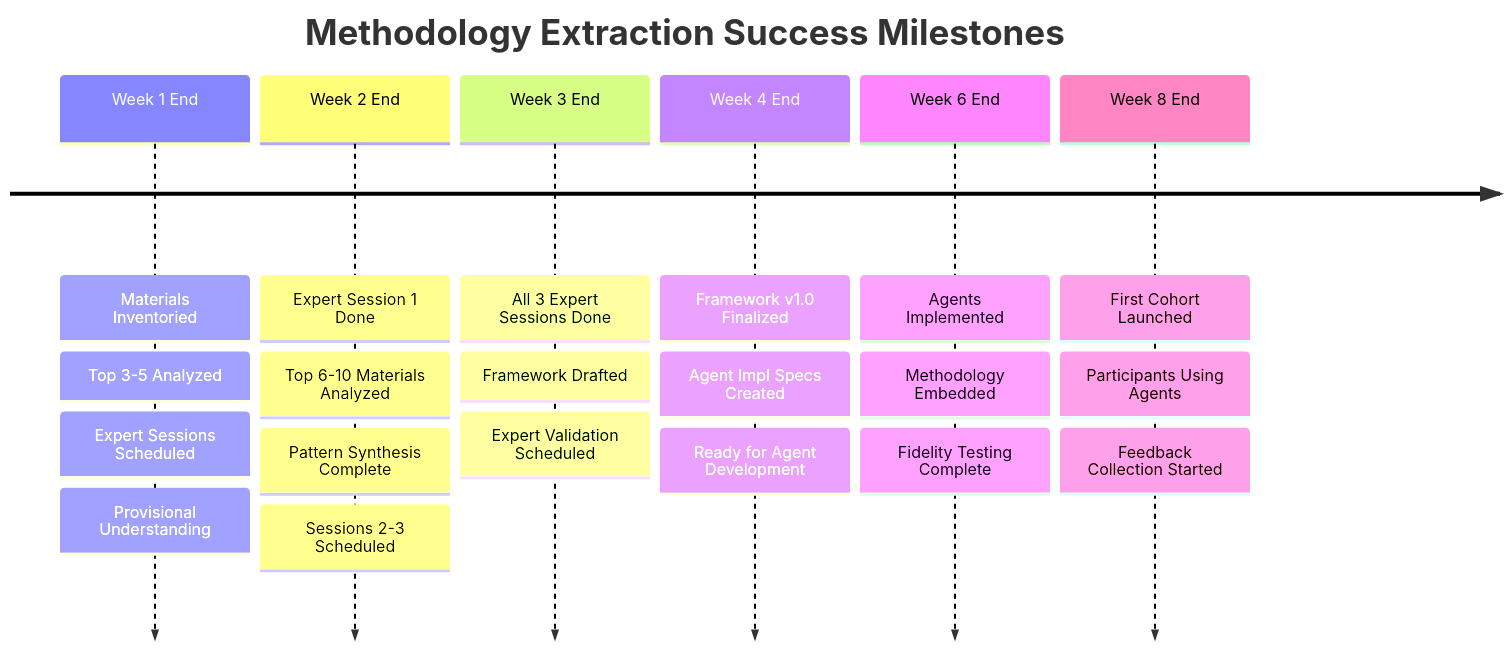
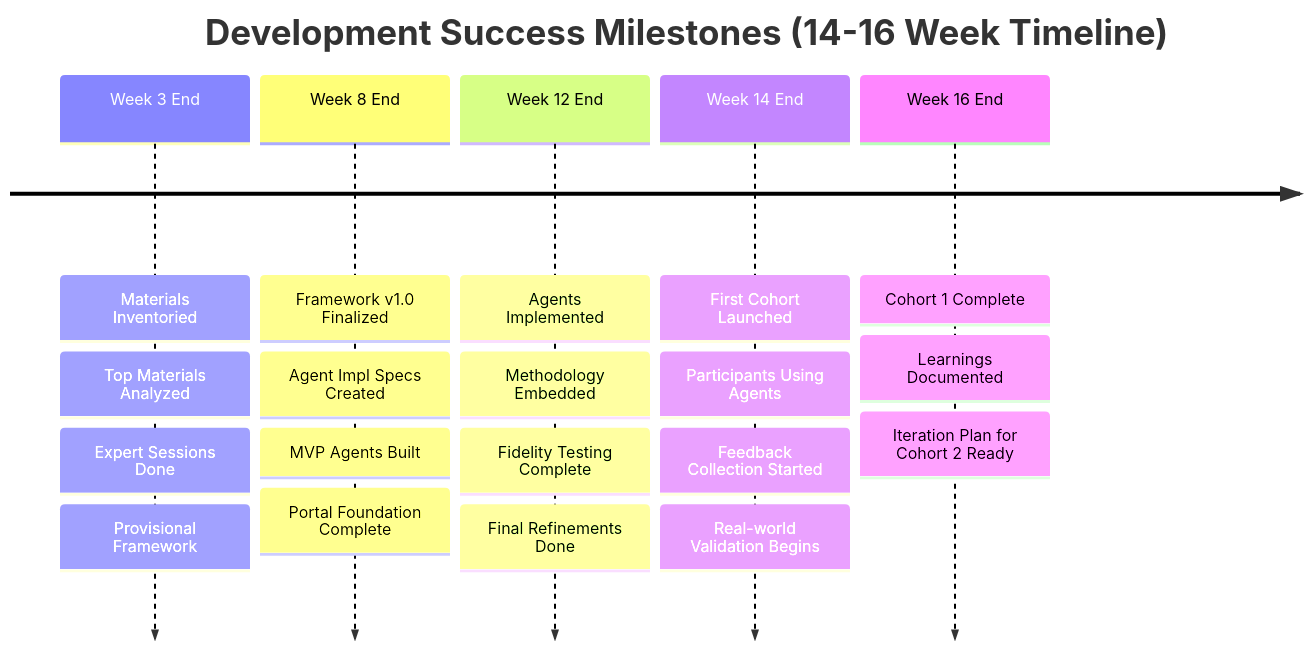
Before and after one commit to thedakr/ventre_prod_pi: the ninth of 10 diagrams in docs/VISUAL-ROADMAP.md, drawn with Mermaid. The commit also changed other lines of this file and 7 other files, not shown here.

First line of the commit message:
Update timeline from 12 weeks to 14-16 weeks for professionally-paced development

````diff
--- a/docs/VISUAL-ROADMAP.md
+++ b/docs/VISUAL-ROADMAP.md
@@ -487,16 +489,14 @@
 ```mermaid
 timeline
-    title Methodology Extraction Success Milestones
+    title Development Success Milestones (14-16 Week Timeline)
 
-    Week 1 End : Materials Inventoried : Top 3-5 Analyzed : Expert Sessions Scheduled : Provisional Understanding
+    Week 3 End : Materials Inventoried : Top Materials Analyzed : Expert Sessions Done : Provisional Framework
 
-    Week 2 End : Expert Session 1 Done : Top 6-10 Materials Analyzed : Pattern Synthesis Complete : Sessions 2-3 Scheduled
+    Week 8 End : Framework v1.0 Finalized : Agent Impl Specs Created : MVP Agents Built : Portal Foundation Complete
 
-    Week 3 End : All 3 Expert Sessions Done : Framework Drafted : Expert Validation Scheduled
+    Week 12 End : Agents Implemented : Methodology Embedded : Fidelity Testing Complete : Final Refinements Done
 
-    Week 4 End : Framework v1.0 Finalized : Agent Impl Specs Created : Ready for Agent Development
+    Week 14 End : First Cohort Launched : Participants Using Agents : Feedback Collection Started : Real-world Validation Begins
 
-    Week 6 End : Agents Implemented : Methodology Embedded : Fidelity Testing Complete
-
-    Week 8 End : First Cohort Launched : Participants Using Agents : Feedback Collection Started
+    Week 16 End : Cohort 1 Complete : Learnings Documented : Iteration Plan for Cohort 2 Ready
 ```
````
